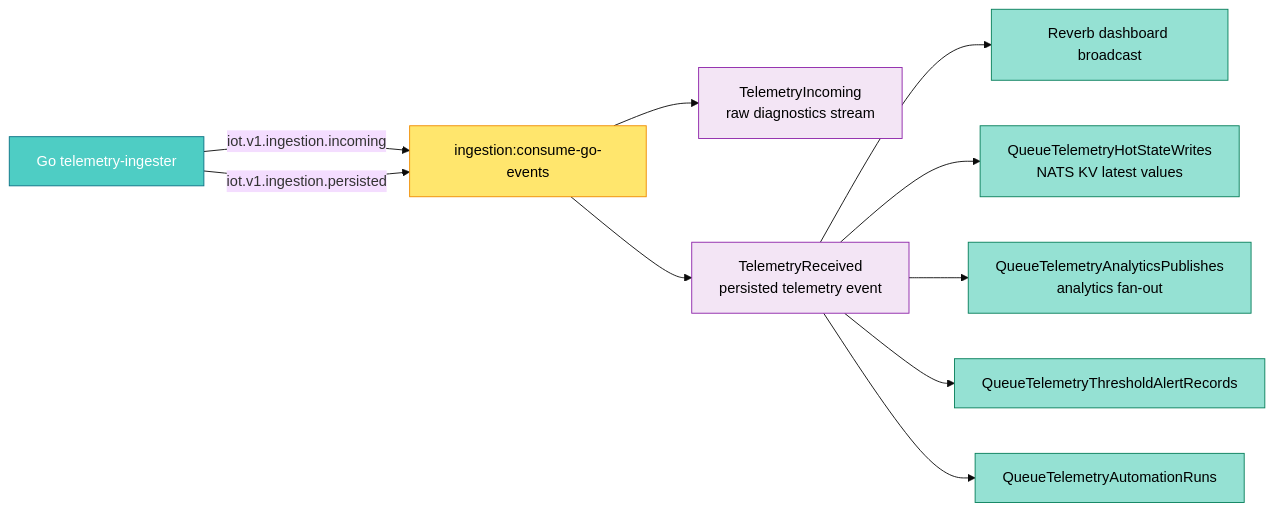
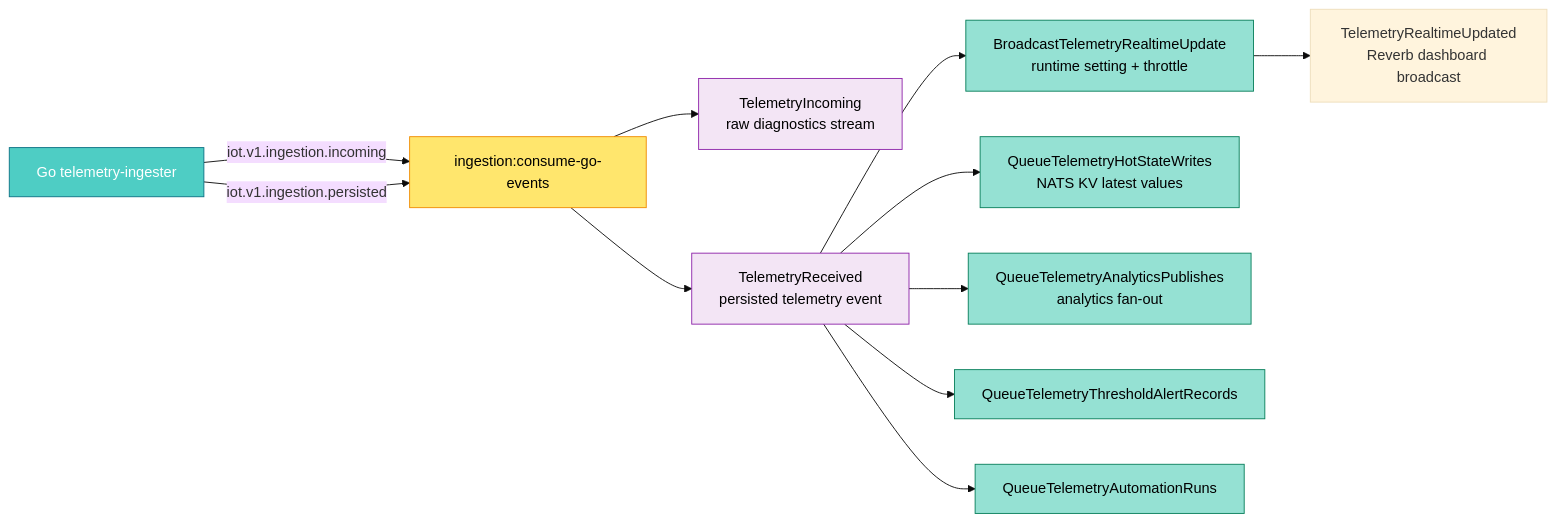
The fifth of 6 diagrams in docs/data-ingestion/02-architecture.md (Althinect/iot-portal), drawn with Mermaid (base theme) before and after one commit. The commit also changed other lines of this file and 18 other files, not shown here.

Commit message:
Throttle telemetry realtime broadcasts

````diff
--- a/docs/data-ingestion/02-architecture.md
+++ b/docs/data-ingestion/02-architecture.md
@@ -200,24 +201,25 @@
 ```mermaid
 flowchart LR
     Go["Go telemetry-ingester"] -->|iot.v1.ingestion.incoming| Bridge["ingestion:consume-go-events"]
     Go -->|iot.v1.ingestion.persisted| Bridge
 
     Bridge --> Incoming["TelemetryIncoming<br/>raw diagnostics stream"]
     Bridge --> Received["TelemetryReceived<br/>persisted telemetry event"]
 
-    Received --> Broadcast["Reverb dashboard broadcast"]
+ Received --> Broadcast["BroadcastTelemetryRealtimeUpdate<br/>runtime setting + throttle"]
+ Broadcast --> Reverb["TelemetryRealtimeUpdated<br/>Reverb dashboard broadcast"]
     Received --> HotState["QueueTelemetryHotStateWrites<br/>NATS KV latest values"]
     Received --> Analytics["QueueTelemetryAnalyticsPublishes<br/>analytics fan-out"]
     Received --> Alerts["QueueTelemetryThresholdAlertRecords"]
     Received --> Automation["QueueTelemetryAutomationRuns"]
 
     classDef go fill:#4ECDC4,stroke:#0B7285,color:#fff
     classDef bridge fill:#FFE66D,stroke:#F08C00,color:#000
     classDef event fill:#F3E5F5,stroke:#8E24AA,color:#000
     classDef sidefx fill:#95E1D3,stroke:#087F5B,color:#000
 
     class Go go
     class Bridge bridge
     class Incoming,Received event
     class Broadcast,HotState,Analytics,Alerts,Automation sidefx
 ```
````
